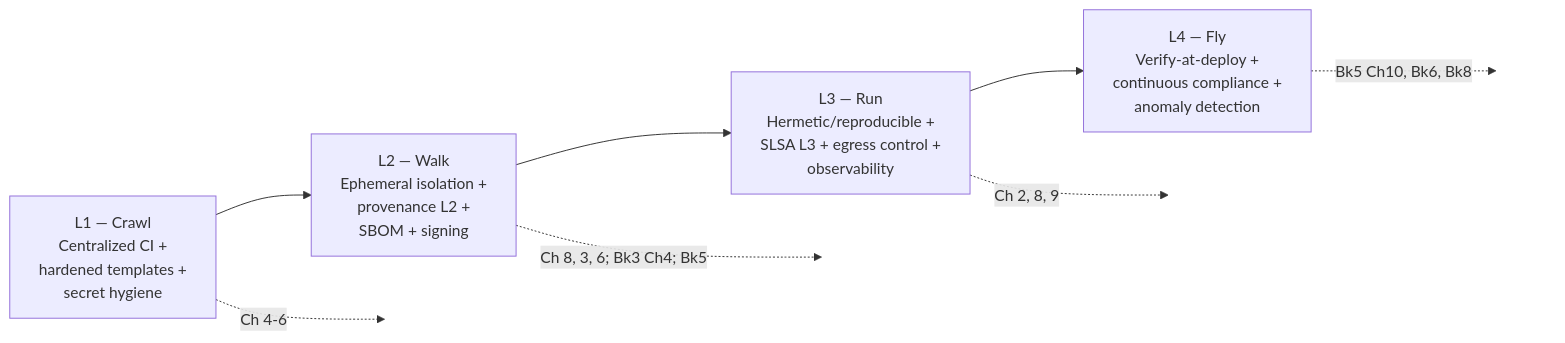
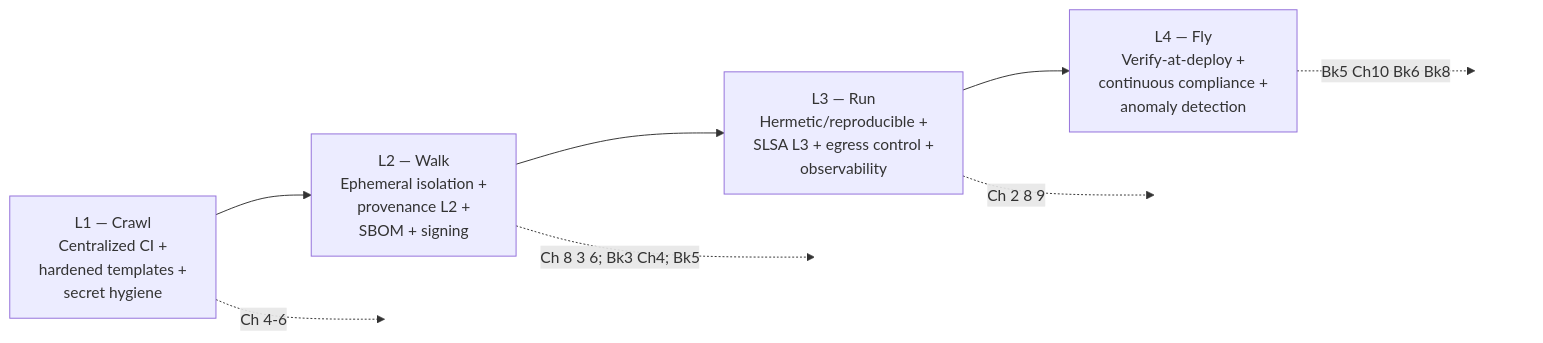
One commit to bumbsclaw/textbooks changed the fourth of 6 diagrams in book-04-build-cicd/ch10-secure-build-platform.md. Above: the diagram before and after it, drawn with Mermaid. The commit also changed other lines of this file and 173 other files, not shown here.

First line of the commit message:
fix(mermaid): close note brackets, semicolons in Notes, stateDiagram br -> dash, edge parens

````diff
--- a/book-04-build-cicd/ch10-secure-build-platform.md
+++ b/book-04-build-cicd/ch10-secure-build-platform.md
@@ -578,16 +578,16 @@
 ```mermaid
 flowchart LR
   L1["L1 — Crawl<br/>Centralized CI +<br/>hardened templates +<br/>secret hygiene"] --> L2["L2 — Walk<br/>Ephemeral isolation +<br/>provenance L2 +<br/>SBOM + signing"]
   L2 --> L3["L3 — Run<br/>Hermetic/reproducible +<br/>SLSA L3 + egress control +<br/>observability"]
   L3 --> L4["L4 — Fly<br/>Verify-at-deploy +<br/>continuous compliance +<br/>anomaly detection"]
 
   L1 -.->|"Ch 4-6"| M1[" "]
-  L2 -.->|"Ch 8, 3, 6; Bk3 Ch4; Bk5"| M2[" "]
-  L3 -.->|"Ch 2, 8, 9"| M3[" "]
-  L4 -.->|"Bk5 Ch10, Bk6, Bk8"| M4[" "]
+  L2 -.->|"Ch 8 3 6; Bk3 Ch4; Bk5"| M2[" "]
+  L3 -.->|"Ch 2 8 9"| M3[" "]
+  L4 -.->|"Bk5 Ch10 Bk6 Bk8"| M4[" "]
 
   style M1 fill:none,stroke:none
   style M2 fill:none,stroke:none
   style M3 fill:none,stroke:none
   style M4 fill:none,stroke:none
 ```
````
